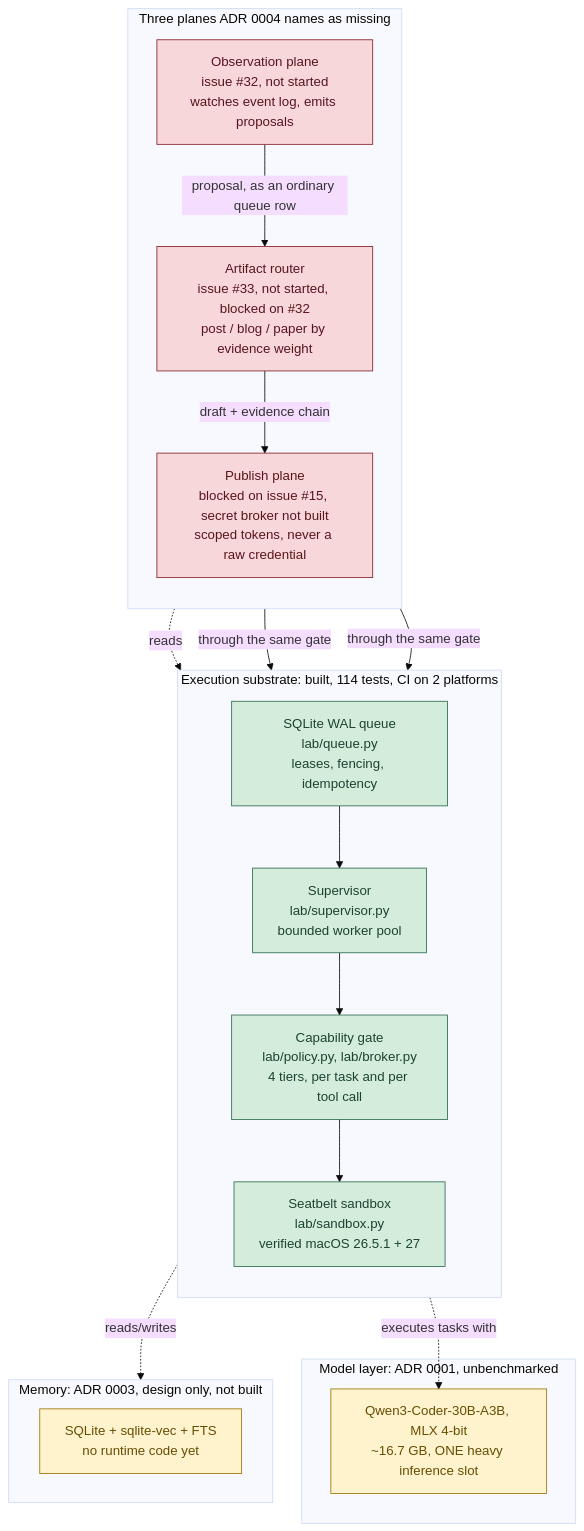
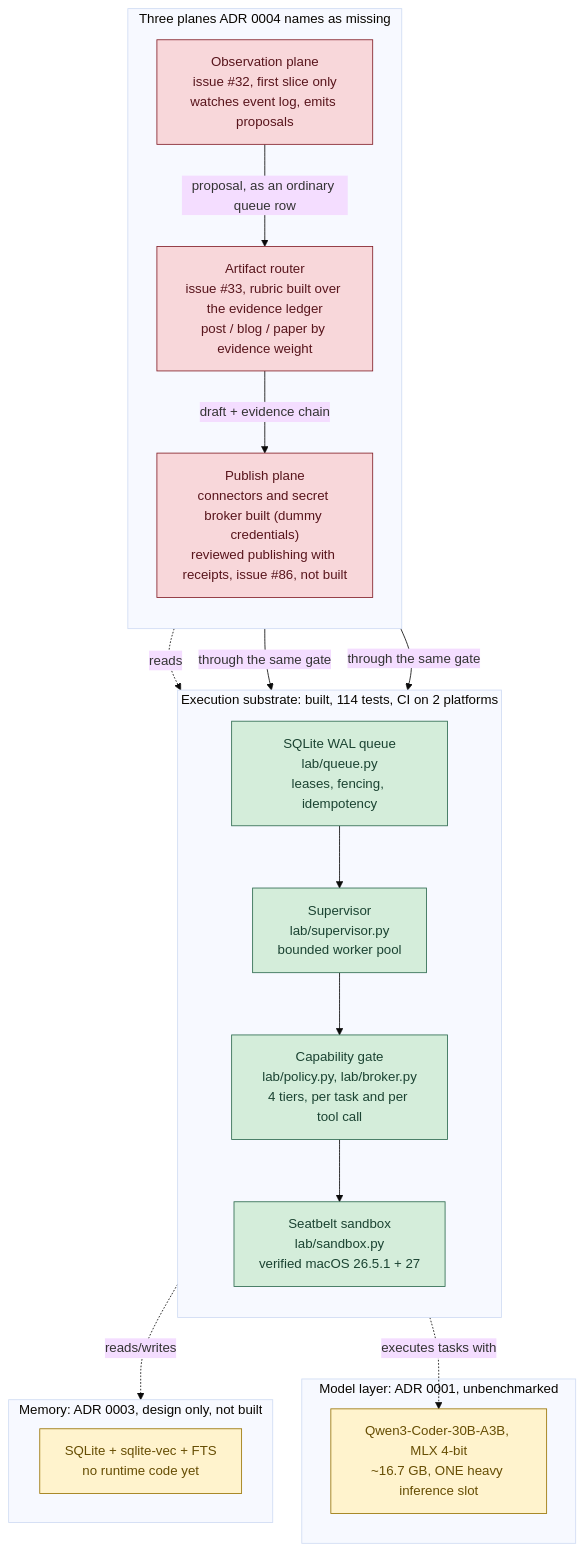
Before and after one commit to roshanaryal1/home-lab: the diagram in docs/ARCHITECTURE.md, drawn with Mermaid (base theme). The commit also changed other lines of this file and 8 other files, not shown here.

Commit message:
feat: router rubric over the evidence ledger, refusing thin evidence upward (7.2)

````diff
--- a/docs/ARCHITECTURE.md
+++ b/docs/ARCHITECTURE.md
@@ -16,41 +16,41 @@
 ```mermaid
 flowchart TB
     subgraph substrate["Execution substrate: built, 114 tests, CI on 2 platforms"]
         direction TB
         queue["SQLite WAL queue<br/>lab/queue.py<br/>leases, fencing, idempotency"]
         supervisor["Supervisor<br/>lab/supervisor.py<br/>bounded worker pool"]
         gate["Capability gate<br/>lab/policy.py, lab/broker.py<br/>4 tiers, per task and per tool call"]
         sandbox["Seatbelt sandbox<br/>lab/sandbox.py<br/>verified macOS 26.5.1 + 27"]
         queue --> supervisor --> gate --> sandbox
     end
 
     subgraph model["Model layer: ADR 0001, unbenchmarked"]
         heavy["Qwen3-Coder-30B-A3B, MLX 4-bit<br/>~16.7 GB, ONE heavy inference slot"]
     end
 
     subgraph memory["Memory: ADR 0003, design only, not built"]
         mem["SQLite + sqlite-vec + FTS<br/>no runtime code yet"]
     end
 
     subgraph planes["Three planes ADR 0004 names as missing"]
         direction TB
-        obs["Observation plane<br/>issue #32, not started<br/>watches event log, emits proposals"]
-        router["Artifact router<br/>issue #33, not started, blocked on #32<br/>post / blog / paper by evidence weight"]
-        publish["Publish plane<br/>blocked on issue #15, secret broker not built<br/>scoped tokens, never a raw credential"]
+        obs["Observation plane<br/>issue #32, first slice only<br/>watches event log, emits proposals"]
+        router["Artifact router<br/>issue #33, rubric built over the evidence ledger<br/>post / blog / paper by evidence weight"]
+        publish["Publish plane<br/>connectors and secret broker built (dummy credentials)<br/>reviewed publishing with receipts, issue #86, not built"]
         obs -->|"proposal, as an ordinary queue row"| router
         router -->|"draft + evidence chain"| publish
     end
 
     supervisor -.->|"executes tasks with"| heavy
     supervisor -.->|"reads/writes"| memory
     obs -.->|"reads"| queue
     router -->|"through the same gate"| gate
     publish -->|"through the same gate"| gate
 
     classDef built fill:#d4edda,stroke:#2d6a4f,color:#1b4332
     classDef missing fill:#f8d7da,stroke:#842029,color:#58151c
     classDef designonly fill:#fff3cd,stroke:#997404,color:#664d03
     class queue,supervisor,gate,sandbox built
     class obs,router,publish missing
     class heavy,mem designonly
 ```
````
